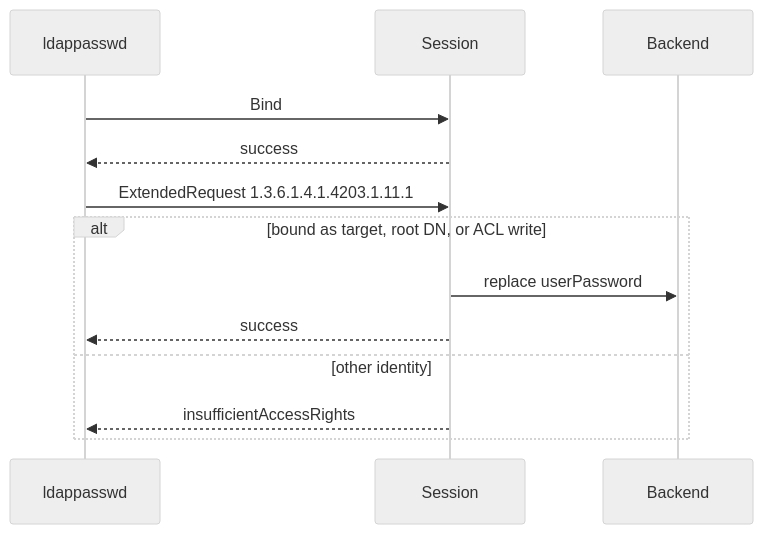
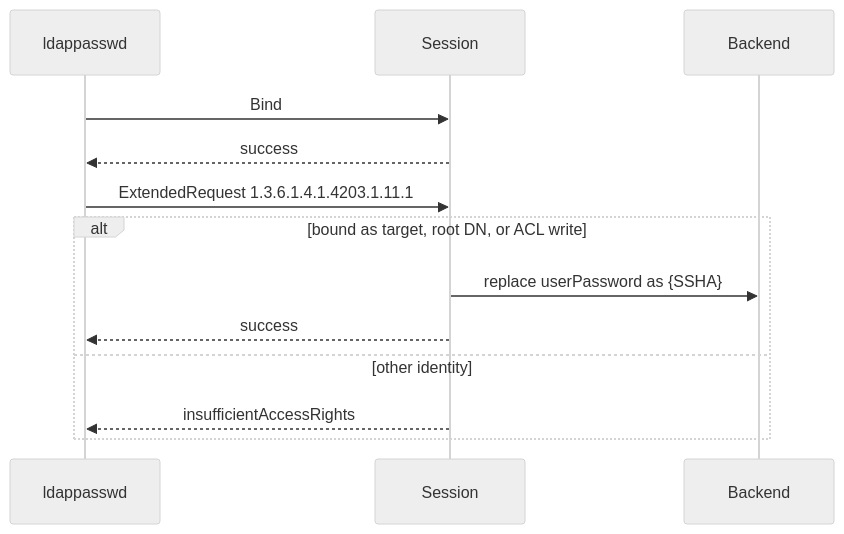
The fourth of 4 diagrams in docs/diagrams/flow.md (SimpleDaemons/simple-ldapd), drawn with Mermaid (neutral theme) before and after one commit. The commit also changed 21 other files, not shown here.

````diff
--- a/docs/diagrams/flow.md
+++ b/docs/diagrams/flow.md
@@ -77,16 +77,16 @@
 ```mermaid
 sequenceDiagram
   participant C as ldappasswd
   participant S as Session
   participant B as Backend
 
   C->>S: Bind
   S-->>C: success
   C->>S: ExtendedRequest 1.3.6.1.4.1.4203.1.11.1
   alt bound as target, root DN, or ACL write
-    S->>B: replace userPassword
+    S->>B: replace userPassword as {SSHA}
     S-->>C: success
   else other identity
     S-->>C: insufficientAccessRights
   end
 ```
````
